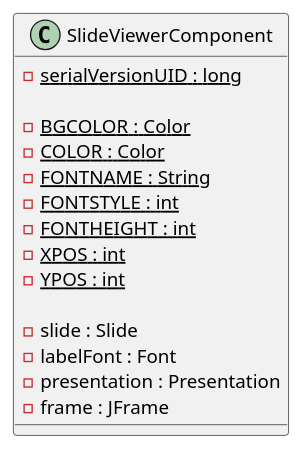
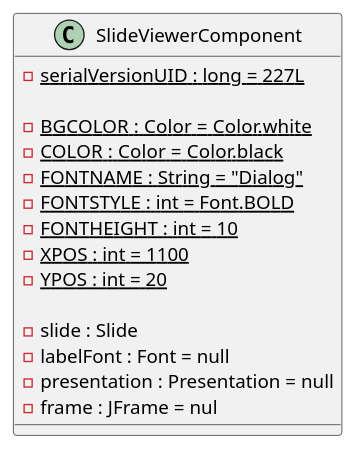
The diagram in classes/SlideViewerComponent.puml (gabrielrtlima/diagramas-padroes-projeto), drawn with PlantUML before and after one commit. The commit also changed 11 other files, not shown here.

```diff
--- a/classes/SlideViewerComponent.puml
+++ b/classes/SlideViewerComponent.puml
@@ -1,22 +1,22 @@
 @startuml SlideViewerComponent
 
 class SlideViewerComponent{
 
-  - {static} serialVersionUID : long
+  - {static} serialVersionUID : long = 227L
 
-  - {static} BGCOLOR : Color
-  - {static} COLOR : Color
-  - {static} FONTNAME : String
-  - {static} FONTSTYLE : int
-  - {static} FONTHEIGHT : int
-  - {static} XPOS : int
-  - {static} YPOS : int
+  - {static} BGCOLOR : Color = Color.white
+  - {static} COLOR : Color = Color.black
+  - {static} FONTNAME : String = "Dialog"
+  - {static} FONTSTYLE : int = Font.BOLD
+  - {static} FONTHEIGHT : int = 10
+  - {static} XPOS : int = 1100
+  - {static} YPOS : int = 20
 
   - slide : Slide
-  - labelFont : Font
-  - presentation : Presentation
-  - frame : JFrame
+  - labelFont : Font = null
+  - presentation : Presentation = null
+  - frame : JFrame = nul
 
 }
 
 @enduml
```
